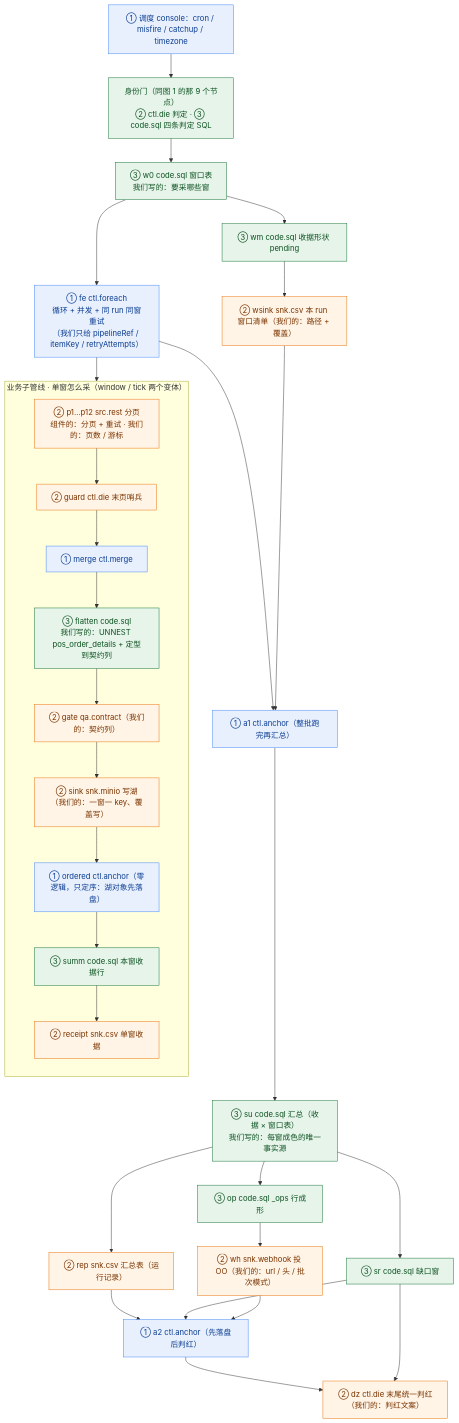
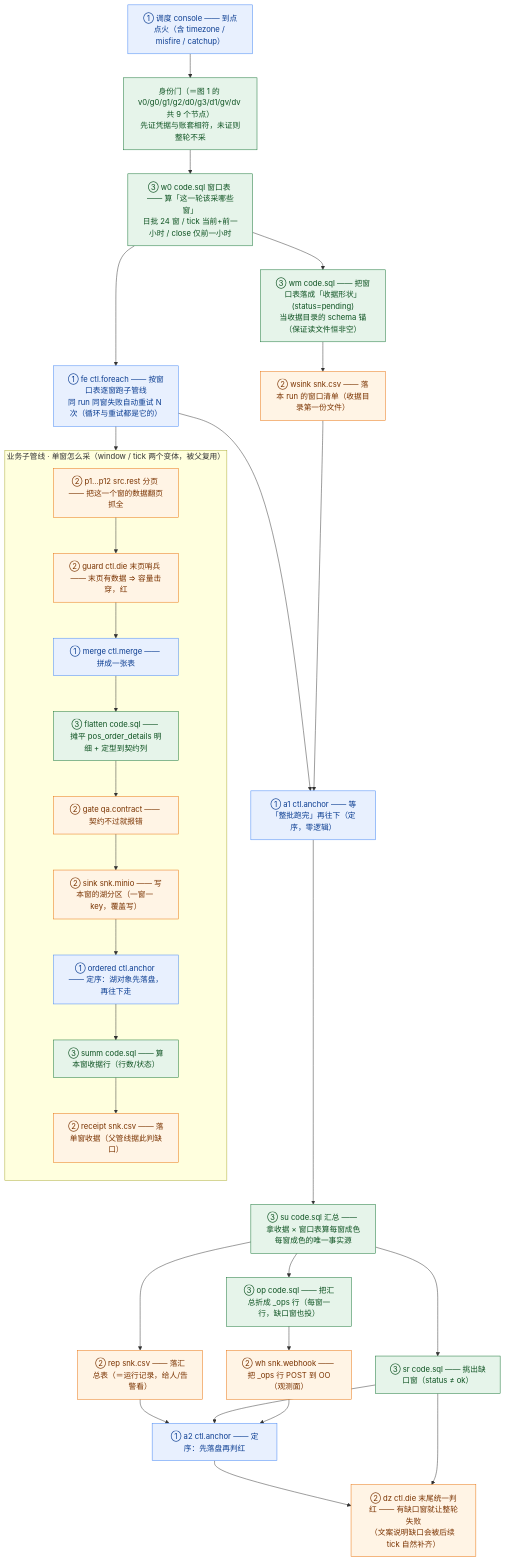
One commit to MYTech-Co-LTD/platform-core changed the second of 2 diagrams in deploy/duckle/console/pipelines/FLOW.lemeng.md. Above: the diagram before and after it, drawn with Mermaid. The commit also changed other lines of this file and 2 other files, not shown here.

First line of the commit message:
docs(duckle): 流程图为每个节点加职责注释（档 + 节点 + 组件 + 干什么）

````diff
--- a/deploy/duckle/console/pipelines/FLOW.lemeng.md
+++ b/deploy/duckle/console/pipelines/FLOW.lemeng.md
@@ -53,36 +72,36 @@
 ```mermaid
 flowchart TD
-  S["① 调度 console：cron / misfire / catchup / timezone"]:::e1
-  S --> ID["身份门（同图 1 的那 9 个节点）<br/>② ctl.die 判定 · ③ code.sql 四条判定 SQL"]:::e3
-  ID --> W0["③ w0 code.sql 窗口表<br/>我们写的：要采哪些窗"]:::e3
-  W0 --> FE["① fe ctl.foreach<br/>循环 + 并发 + 同 run 同窗重试<br/>（我们只给 pipelineRef / itemKey / retryAttempts）"]:::e1
-  W0 --> WM["③ wm code.sql 收据形状 pending"]:::e3
-  WM --> WS["② wsink snk.csv 本 run 窗口清单（我们的：路径 + 覆盖）"]:::e2
+  S["① 调度 console —— 到点点火（含 timezone / misfire / catchup）"]:::e1
+  S --> ID["身份门（＝图 1 的 v0/g0/g1/g2/d0/g3/d1/gv/dv 共 9 个节点）<br/>先证凭据与账套相符，未证则整轮不采"]:::e3
+  ID --> W0["③ w0 code.sql 窗口表 —— 算「这一轮该采哪些窗」<br/>日批 24 窗 / tick 当前+前一小时 / close 仅前一小时"]:::e3
+  W0 --> FE["① fe ctl.foreach —— 按窗口表逐窗跑子管线<br/>同 run 同窗失败自动重试 N 次（循环与重试都是它的）"]:::e1
+  W0 --> WM["③ wm code.sql —— 把窗口表落成「收据形状」(status=pending)<br/>当收据目录的 schema 锚（保证读文件恒非空）"]:::e3
+  WM --> WS["② wsink snk.csv —— 落本 run 的窗口清单（收据目录第一份文件）"]:::e2
   FE --> CH
-  subgraph CH["业务子管线 · 单窗怎么采（window / tick 两个变体）"]
+  subgraph CH["业务子管线 · 单窗怎么采（window / tick 两个变体，被父复用）"]
     direction TB
-    C1["② p1…p12 src.rest 分页<br/>组件的：分页 + 重试 · 我们的：页数 / 游标"]:::e2 --> C2["② guard ctl.die 末页哨兵"]:::e2
-    C2 --> C3["① merge ctl.merge"]:::e1
-    C3 --> C4["③ flatten code.sql<br/>我们写的：UNNEST pos_order_details + 定型到契约列"]:::e3
-    C4 --> C5["② gate qa.contract（我们的：契约列）"]:::e2
-    C5 --> C6["② sink snk.minio 写湖（我们的：一窗一 key、覆盖写）"]:::e2
-    C6 --> C7["① ordered ctl.anchor（零逻辑，只定序：湖对象先落盘）"]:::e1
-    C7 --> C8["③ summ code.sql 本窗收据行"]:::e3
-    C8 --> C9["② receipt snk.csv 单窗收据"]:::e2
+    C1["② p1…p12 src.rest 分页 —— 把这一个窗的数据翻页抓全"]:::e2 --> C2["② guard ctl.die 末页哨兵 —— 末页有数据 ⇒ 容量击穿，红"]:::e2
+    C2 --> C3["① merge ctl.merge —— 拼成一张表"]:::e1
+    C3 --> C4["③ flatten code.sql —— 摊平 pos_order_details 明细 + 定型到契约列"]:::e3
+    C4 --> C5["② gate qa.contract —— 契约不过就报错"]:::e2
+    C5 --> C6["② sink snk.minio —— 写本窗的湖分区（一窗一 key，覆盖写）"]:::e2
+    C6 --> C7["① ordered ctl.anchor —— 定序：湖对象先落盘，再往下走"]:::e1
+    C7 --> C8["③ summ code.sql —— 算本窗收据行（行数/状态）"]:::e3
+    C8 --> C9["② receipt snk.csv —— 落单窗收据（父管线据此判缺口）"]:::e2
   end
-  FE --> A1["① a1 ctl.anchor（整批跑完再汇总）"]:::e1
+  FE --> A1["① a1 ctl.anchor —— 等「整批跑完」再往下（定序，零逻辑）"]:::e1
   WS --> A1
-  A1 --> SU["③ su code.sql 汇总（收据 × 窗口表）<br/>我们写的：每窗成色的唯一事实源"]:::e3
-  SU --> REP["② rep snk.csv 汇总表（运行记录）"]:::e2
-  SU --> OP["③ op code.sql _ops 行成形"]:::e3
-  OP --> WH["② wh snk.webhook 投 OO（我们的：url / 头 / 批次模式）"]:::e2
-  SU --> SR["③ sr code.sql 缺口窗"]:::e3
-  REP --> A2["① a2 ctl.anchor（先落盘后判红）"]:::e1
+  A1 --> SU["③ su code.sql 汇总 —— 拿收据 × 窗口表算每窗成色<br/>每窗成色的唯一事实源"]:::e3
+  SU --> REP["② rep snk.csv —— 落汇总表（＝运行记录，给人/告警看）"]:::e2
+  SU --> OP["③ op code.sql —— 把汇总折成 _ops 行（每窗一行，缺口窗也投）"]:::e3
+  OP --> WH["② wh snk.webhook —— 把 _ops 行 POST 到 OO（观测面）"]:::e2
+  SU --> SR["③ sr code.sql —— 挑出缺口窗（status ≠ ok）"]:::e3
+  REP --> A2["① a2 ctl.anchor —— 定序：先落盘再判红"]:::e1
   SR --> A2
   WH --> A2
-  A2 --> DZ["② dz ctl.die 末尾统一判红（我们的：判红文案）"]:::e2
+  A2 --> DZ["② dz ctl.die 末尾统一判红 —— 有缺口窗就让整轮失败<br/>（文案说明缺口会被后续 tick 自然补齐）"]:::e2
   SR --> DZ
   classDef e1 fill:#e8f0fe,stroke:#4285f4,color:#0b3d91
   classDef e2 fill:#fff4e5,stroke:#e8710a,color:#7a3300
   classDef e3 fill:#e6f4ea,stroke:#137333,color:#0d5221
 ```
````
